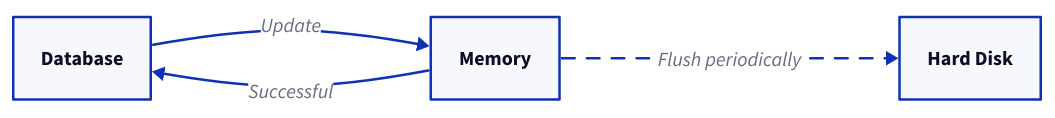
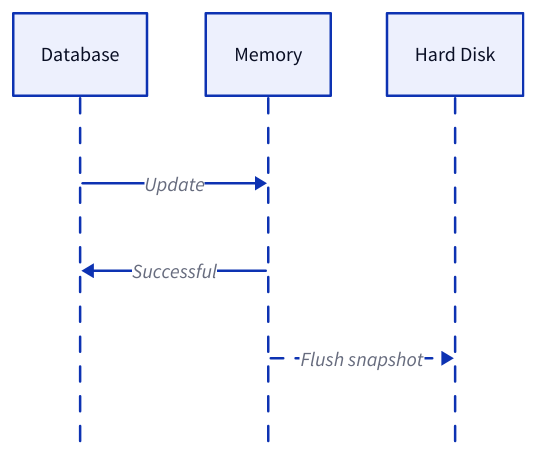
The second of 5 diagrams in content/docs/system-administration/system-recovery.md (link1905/system-design-101), drawn with D2 before and after one commit. The commit also changed other lines of this file and 49 other files, not shown here.

````diff
--- a/content/docs/system-administration/system-recovery.md
+++ b/content/docs/system-administration/system-recovery.md
@@ -110,17 +109,17 @@
 ```d2
-direction: right
+shape: sequence_diagram
 d: Database {
   class: db
 }
 m: Memory {
   class: cache
 }
 h: Hard Disk {
   class: hd
 }
 d -> m: Update
 m -> d: Successful
-m -> h: Flush periodically {
+m -> h: Flush snapshot {
   style.animated: true
 }
 ```
````
